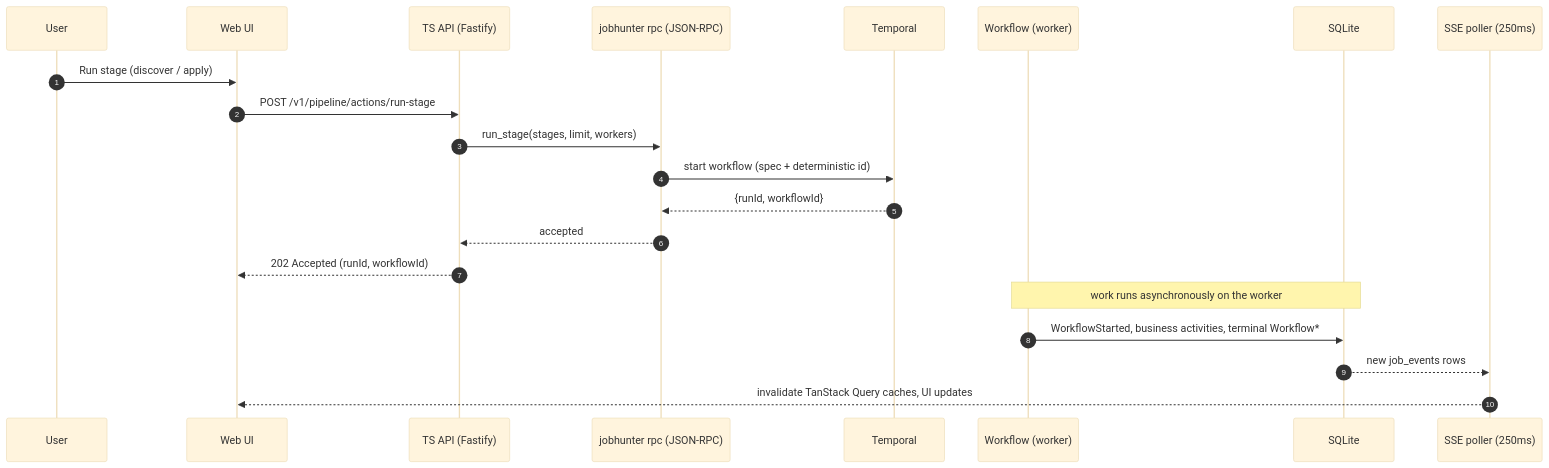
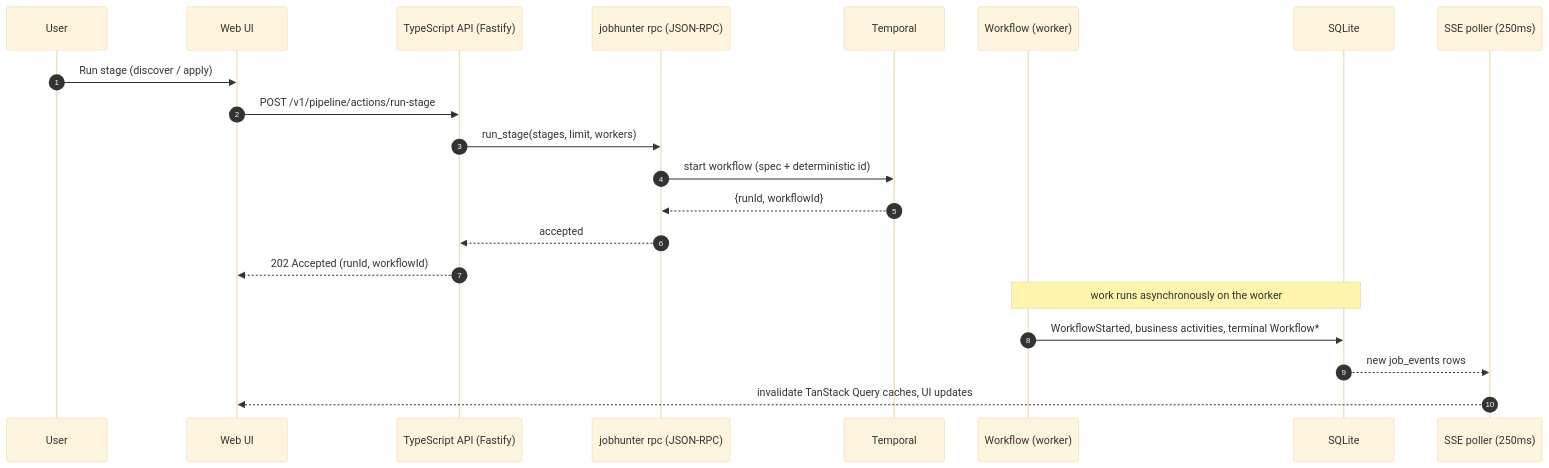
One commit to ebarti/JobCtrl changed the diagram in docs/architecture/pipeline/index.md. Above: the diagram before and after it, drawn with Mermaid (base theme). The commit also changed other lines of this file and 57 other files, not shown here.

````diff
--- a/docs/architecture/pipeline/index.md
+++ b/docs/architecture/pipeline/index.md
@@ -119,24 +126,24 @@
 ```mermaid
 sequenceDiagram
     autonumber
     participant User
     participant Web as Web UI
-    participant Api as TS API (Fastify)
+    participant Api as TypeScript API (Fastify)
     participant Rpc as jobhunter rpc (JSON-RPC)
     participant T as Temporal
     participant WF as Workflow (worker)
     participant DB as SQLite
     participant SSE as SSE poller (250ms)
 
     User->>Web: Run stage (discover / apply)
     Web->>Api: POST /v1/pipeline/actions/run-stage
     Api->>Rpc: run_stage(stages, limit, workers)
     Rpc->>T: start workflow (spec + deterministic id)
     T-->>Rpc: {runId, workflowId}
     Rpc-->>Api: accepted
     Api-->>Web: 202 Accepted (runId, workflowId)
     Note over WF,DB: work runs asynchronously on the worker
     WF->>DB: WorkflowStarted, business activities, terminal Workflow*
     DB-->>SSE: new job_events rows
     SSE-->>Web: invalidate TanStack Query caches, UI updates
 ```
````
